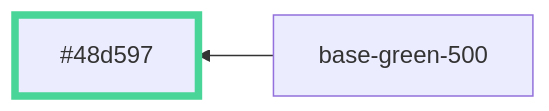
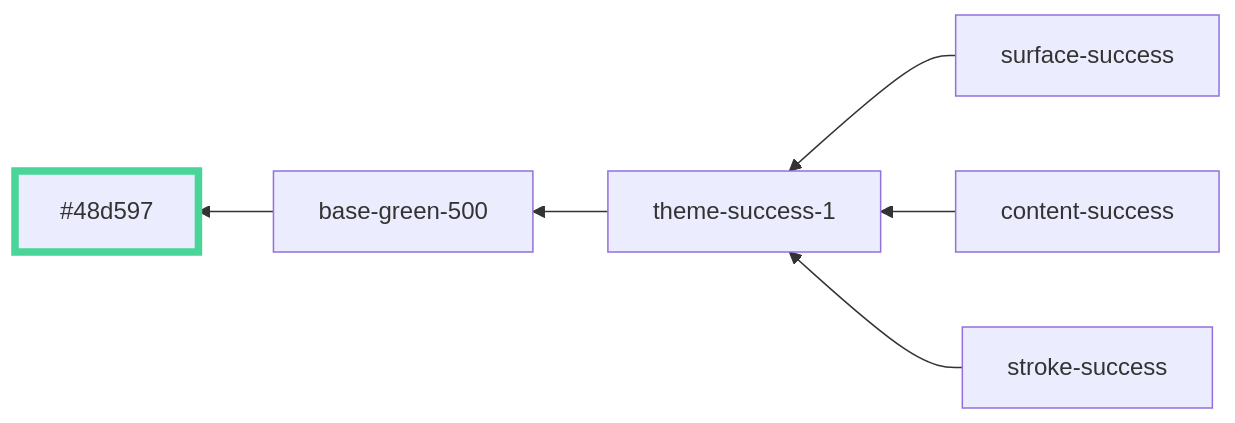
Before and after one commit to oxidecomputer/console: the first of 29 diagrams in libs/ui/styles/themes/operator-mode.md, drawn with Mermaid. The commit also changed other lines of this file and 4 other files, not shown here.

````diff
--- a/libs/ui/styles/themes/operator-mode.md
+++ b/libs/ui/styles/themes/operator-mode.md
@@ -7,6 +7,10 @@
 ```mermaid
 graph RL
   base-green-500 --> #48d597:::base-green-500
+  theme-success-1 --> base-green-500
+  surface-success --> theme-success-1
+  content-success --> theme-success-1
+  stroke-success --> theme-success-1
 
   classDef base-green-500 stroke-width:5,stroke:#48d597
 ```
````
